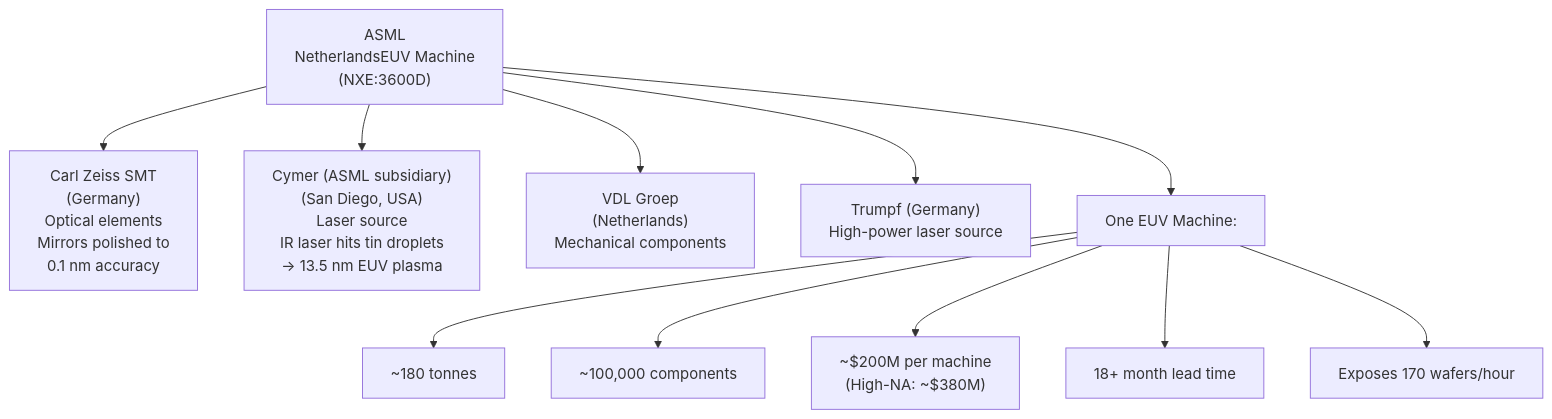
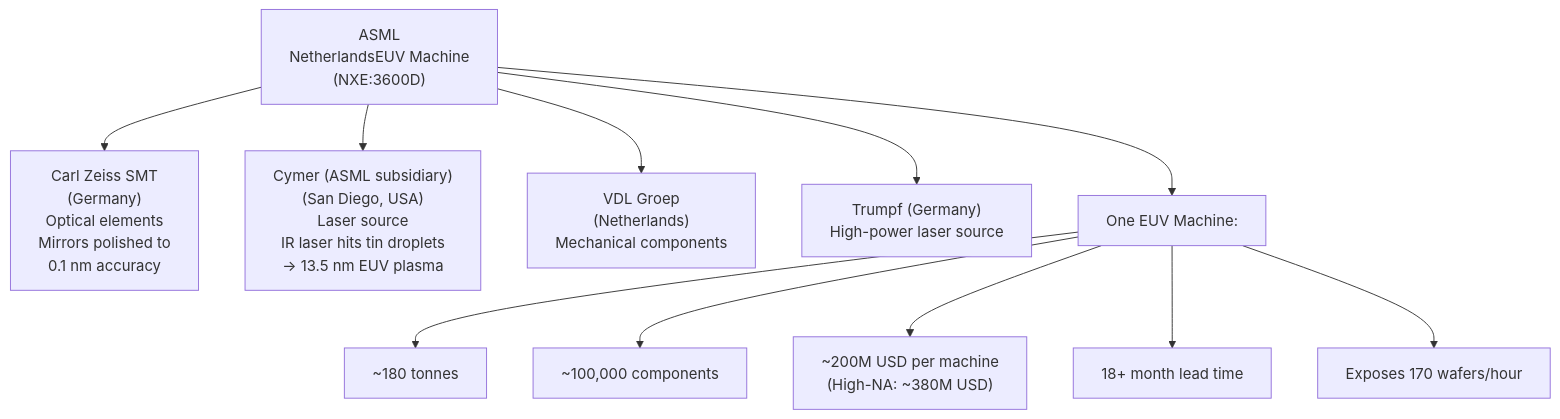
Before and after one commit to peterlyeung/Learn_Semiconductors: the sixth of 14 diagrams in Chapter_05_Chip_Manufacturing.md, drawn with Mermaid. The commit also changed other lines of this file and 3 other files, not shown here.

Commit message:
Fix Mermaid KaTeX errors: replace all dollar signs in diagram node labels

````diff
--- a/Chapter_05_Chip_Manufacturing.md
+++ b/Chapter_05_Chip_Manufacturing.md
@@ -106,16 +106,16 @@
 ```mermaid
 flowchart TD
     ASML["ASML\nNetherlandsEUV Machine\n(NXE:3600D)"]
     
     ASML --> Zeiss["Carl Zeiss SMT\n(Germany)\nOptical elements\nMirrors polished to\n0.1 nm accuracy"]
     ASML --> Cymer["Cymer (ASML subsidiary)\n(San Diego, USA)\nLaser source\nIR laser hits tin droplets\n→ 13.5 nm EUV plasma"]
     ASML --> VDL["VDL Groep\n(Netherlands)\nMechanical components"]
     ASML --> Trumpf["Trumpf (Germany)\nHigh-power laser source"]
 
     ASML --> Machine["One EUV Machine:"]
     Machine --> Weight["~180 tonnes"]
     Machine --> Parts["~100,000 components"]
-    Machine --> Price["~$200M per machine\n(High-NA: ~$380M)"]
+    Machine --> Price["~200M USD per machine\n(High-NA: ~380M USD)"]
     Machine --> Delivery["18+ month lead time"]
     Machine --> Speed["Exposes 170 wafers/hour"]
 ```
````
